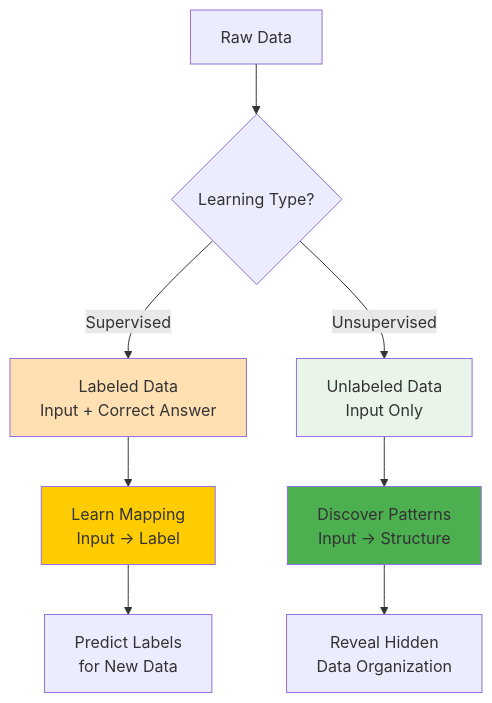
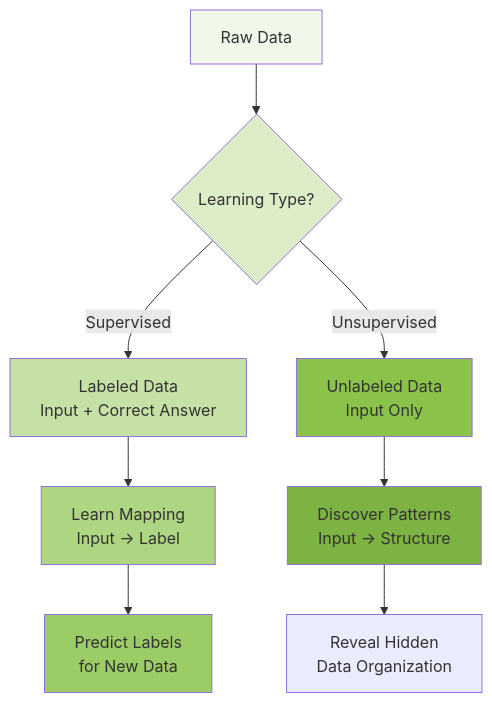
One commit to Chaklader/landmark-classification-cnn changed the first of 9 diagrams in C_4.md. Above: the diagram before and after it, drawn with Mermaid. The commit also changed other lines of this file, not shown here.

````diff
--- a/C_4.md
+++ b/C_4.md
@@ -60,17 +60,20 @@
 ```mermaid
 graph TD
     A[Raw Data] --> B{Learning Type?}
 
     B -->|Supervised| C[Labeled Data<br/>Input + Correct Answer]
     C --> D[Learn Mapping<br/>Input → Label]
     D --> E[Predict Labels<br/>for New Data]
 
     B -->|Unsupervised| F[Unlabeled Data<br/>Input Only]
     F --> G[Discover Patterns<br/>Input → Structure]
     G --> H[Reveal Hidden<br/>Data Organization]
 
-    style C fill:#FFE0B2
-    style F fill:#E8F5E8
-    style D fill:#FFCC02
-    style G fill:#4CAF50
+style A fill:#F1F8E9
+style B fill:#DCEDC8
+style C fill:#C5E1A5
+style D fill:#AED581
+style E fill:#9CCC65
+style F fill:#8BC34A
+style G fill:#7CB342
 ```
````
